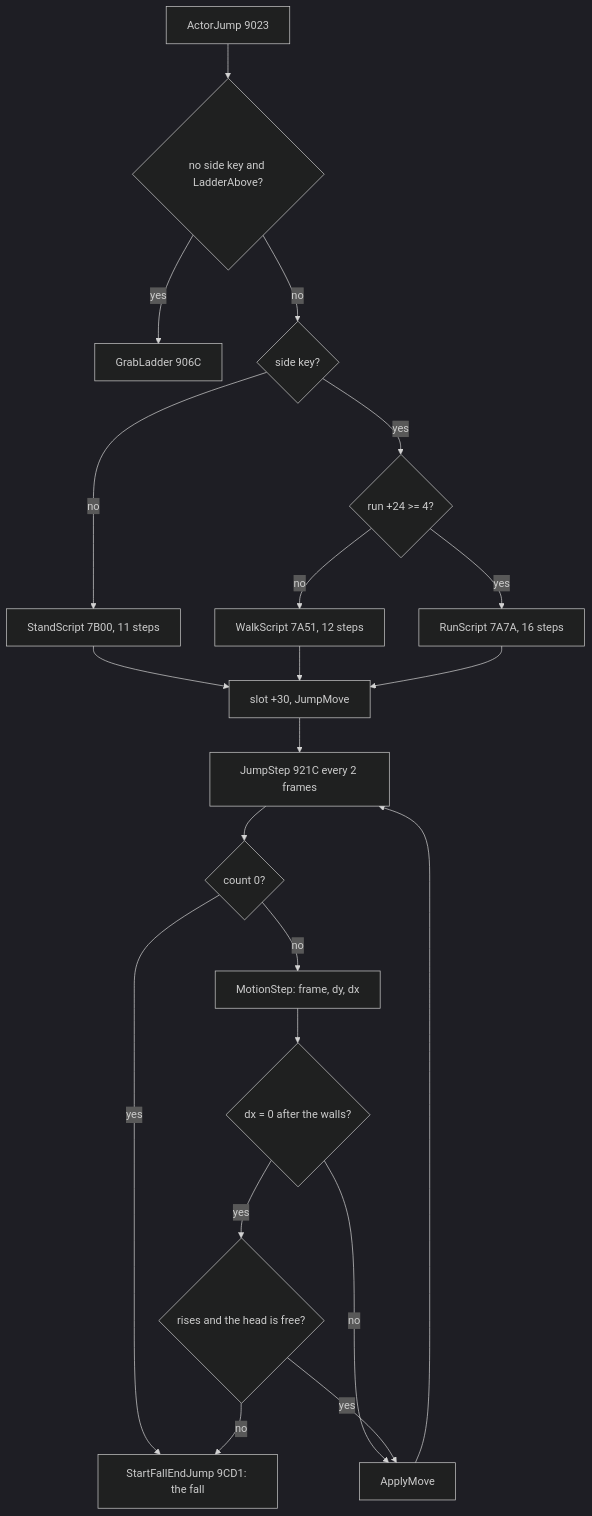
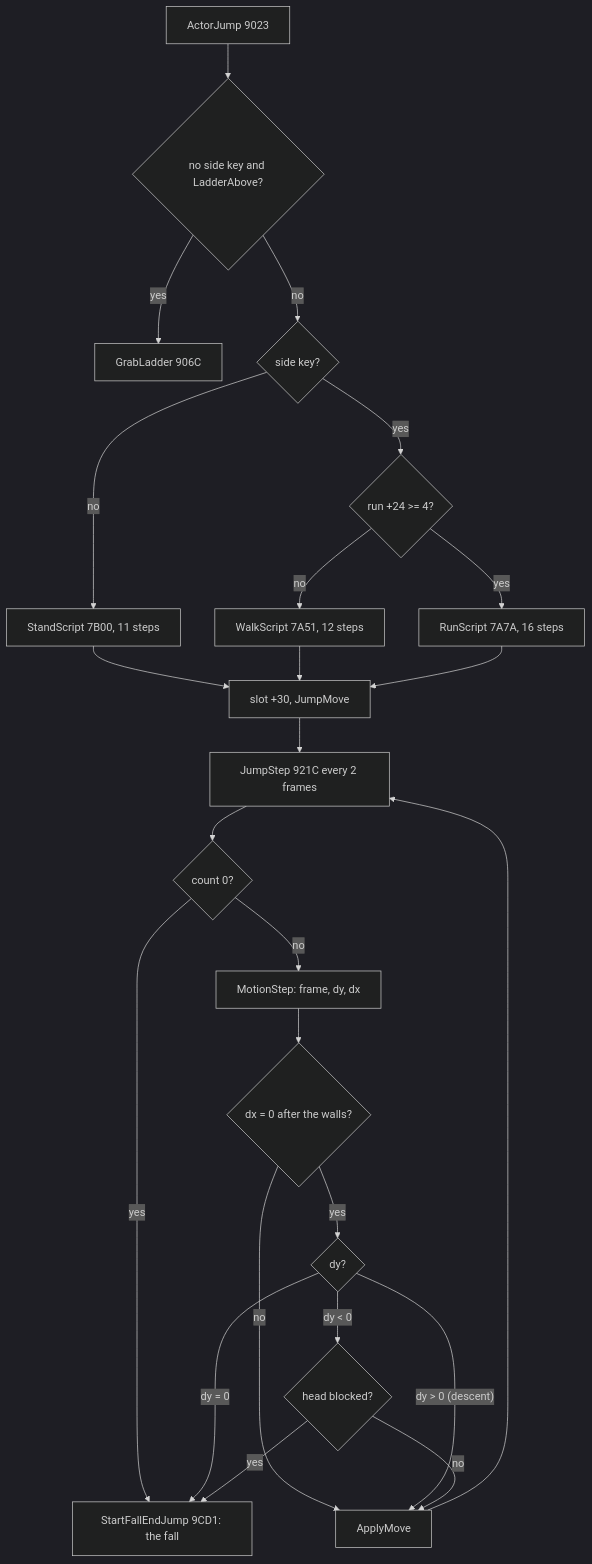
The third of 15 diagrams in games/switchblade/docs/10-gameplay-logic.md (alfishe/unrealng-reverse-cases), drawn with Mermaid (dark theme) before and after one commit. The commit also changed other lines of this file and 47 other files, not shown here.

````diff
--- a/games/switchblade/docs/10-gameplay-logic.md
+++ b/games/switchblade/docs/10-gameplay-logic.md
@@ -373,23 +383,26 @@
 ```mermaid
 flowchart TD
     A["ActorJump 9023"] --> L{"no side key and LadderAbove?"}
     L -->|"yes"| G["GrabLadder 906C"]
     L -->|"no"| P{"side key?"}
     P -->|"no"| S1["StandScript 7B00, 11 steps"]
     P -->|"yes"| R{"run +24 >= 4?"}
     R -->|"no"| S2["WalkScript 7A51, 12 steps"]
     R -->|"yes"| S3["RunScript 7A7A, 16 steps"]
     S1 --> J["slot +30, JumpMove"]
     S2 --> J
     S3 --> J
     J --> ST["JumpStep 921C every 2 frames"]
     ST --> C{"count 0?"}
     C -->|"yes"| F["StartFallEndJump 9CD1: the fall"]
     C -->|"no"| M["MotionStep: frame, dy, dx"]
     M --> D{"dx = 0 after the walls?"}
     D -->|"no"| AP["ApplyMove"]
-    D -->|"yes"| H{"rises and the head is free?"}
-    H -->|"yes"| AP
-    H -->|"no"| F
+    D -->|"yes"| H{"dy?"}
+    H -->|"dy = 0"| F
+    H -->|"dy > 0 (descent)"| AP
+    H -->|"dy < 0"| HB{"head blocked?"}
+    HB -->|"no"| AP
+    HB -->|"yes"| F
     AP --> ST
 ```
````
